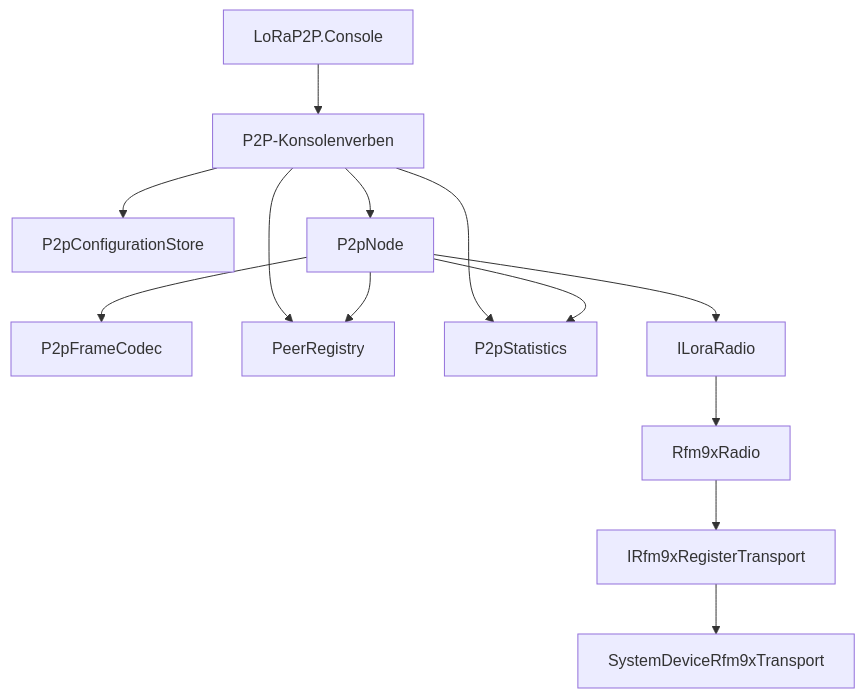
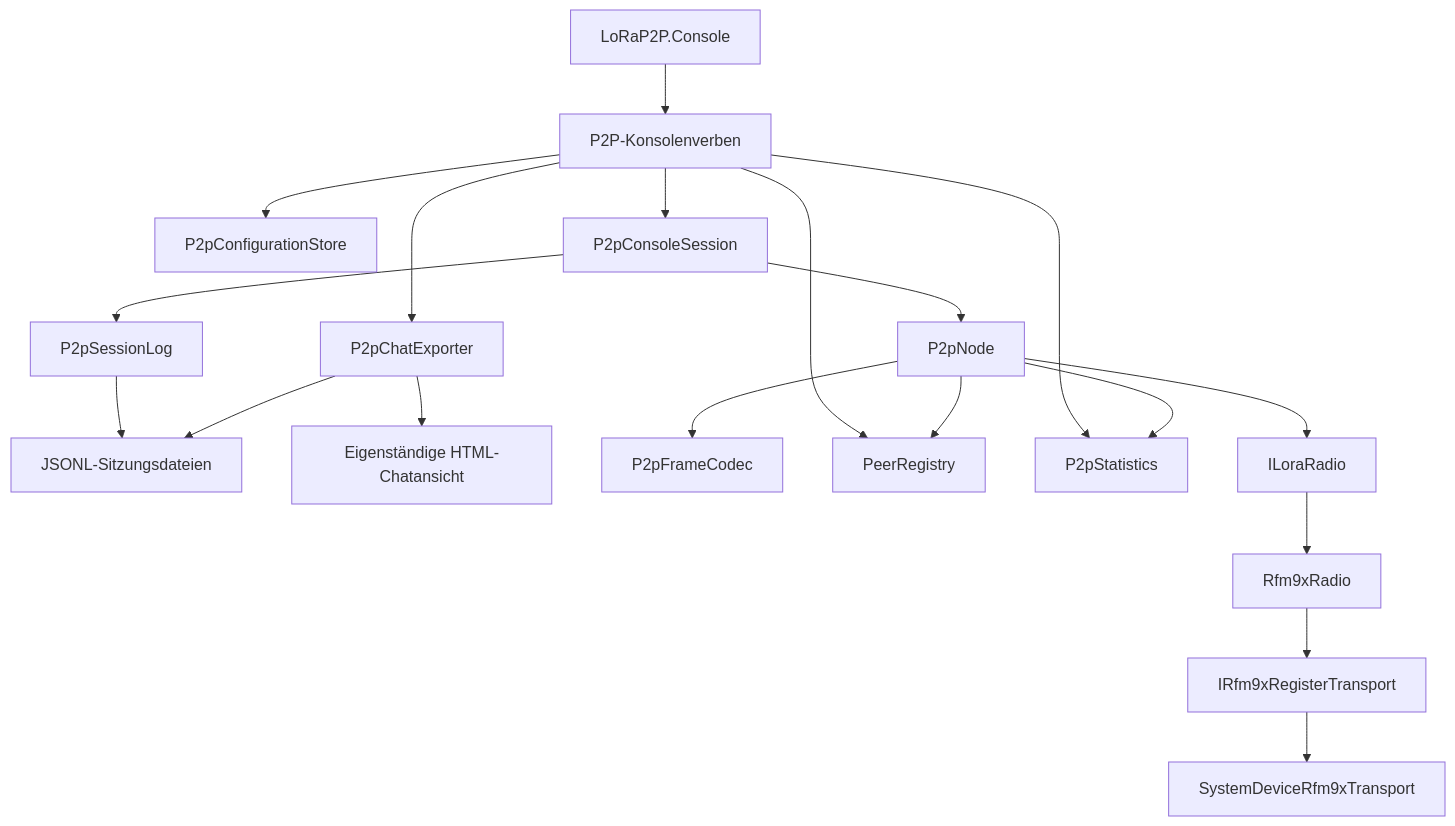
Before and after one commit to thomasbiel/LoRaP2P: the first of 2 diagrams in docs/p2p/architecture.md, drawn with Mermaid. The commit also changed other lines of this file and 55 other files, not shown here.

````diff
--- a/docs/p2p/architecture.md
+++ b/docs/p2p/architecture.md
@@ -9,29 +9,41 @@
 ```mermaid
 flowchart TD
     CLI[LoRaP2P.Console]
     VERBS[P2P-Konsolenverben]
     CONFIG[P2pConfigurationStore]
+    SESSION[P2pConsoleSession]
+    LOG[P2pSessionLog]
+    EXPORT[P2pChatExporter]
+    JSONL[JSONL-Sitzungsdateien]
+    HTML[Eigenständige HTML-Chatansicht]
     NODE[P2pNode]
     CODEC[P2pFrameCodec]
     PEERS[PeerRegistry]
     STATS[P2pStatistics]
     API[ILoraRadio]
     RADIO[Rfm9xRadio]
     TRANSPORT[IRfm9xRegisterTransport]
     HARDWARE[SystemDeviceRfm9xTransport]
 
     CLI --> VERBS
-    VERBS --> NODE
+    VERBS --> SESSION
     VERBS --> CONFIG
     VERBS --> PEERS
     VERBS --> STATS
+    VERBS --> EXPORT
+
+    SESSION --> NODE
+    SESSION --> LOG
+    LOG --> JSONL
+    EXPORT --> JSONL
+    EXPORT --> HTML
 
     NODE --> CODEC
     NODE --> PEERS
     NODE --> STATS
     NODE --> API
 
     API --> RADIO
     RADIO --> TRANSPORT
     TRANSPORT --> HARDWARE
 ```
````
